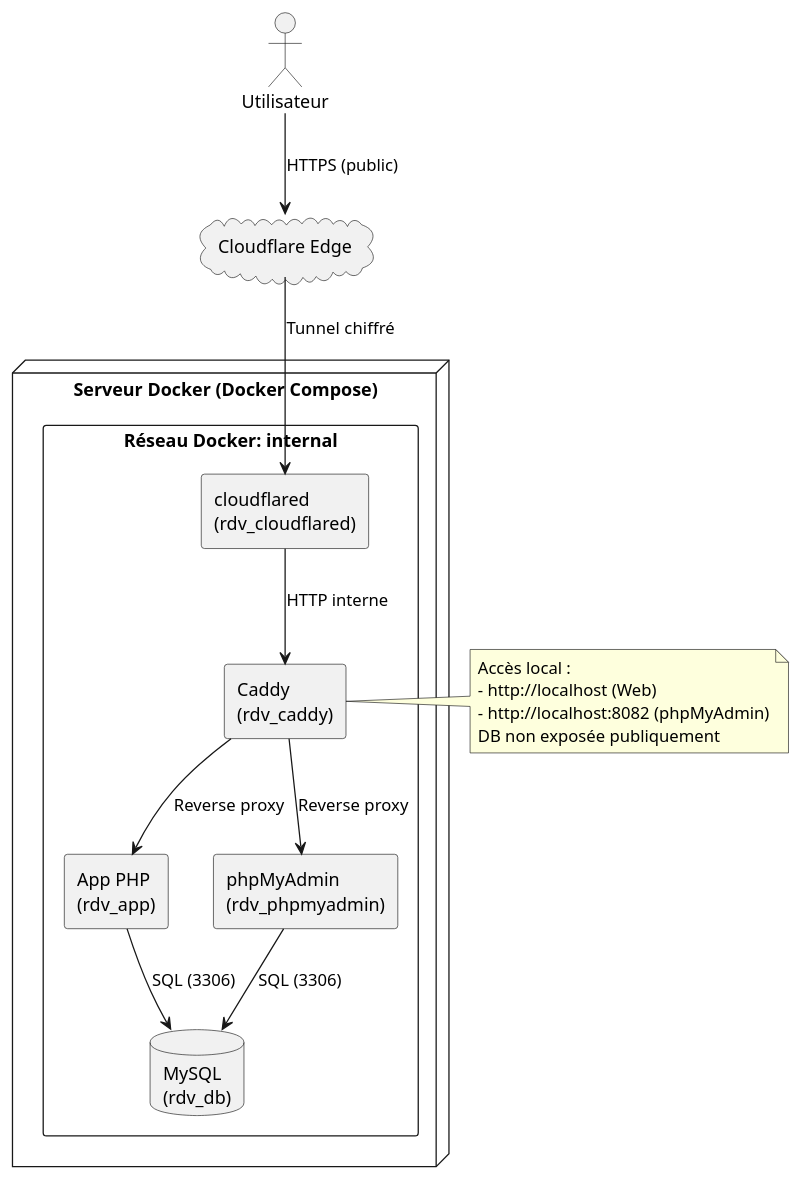
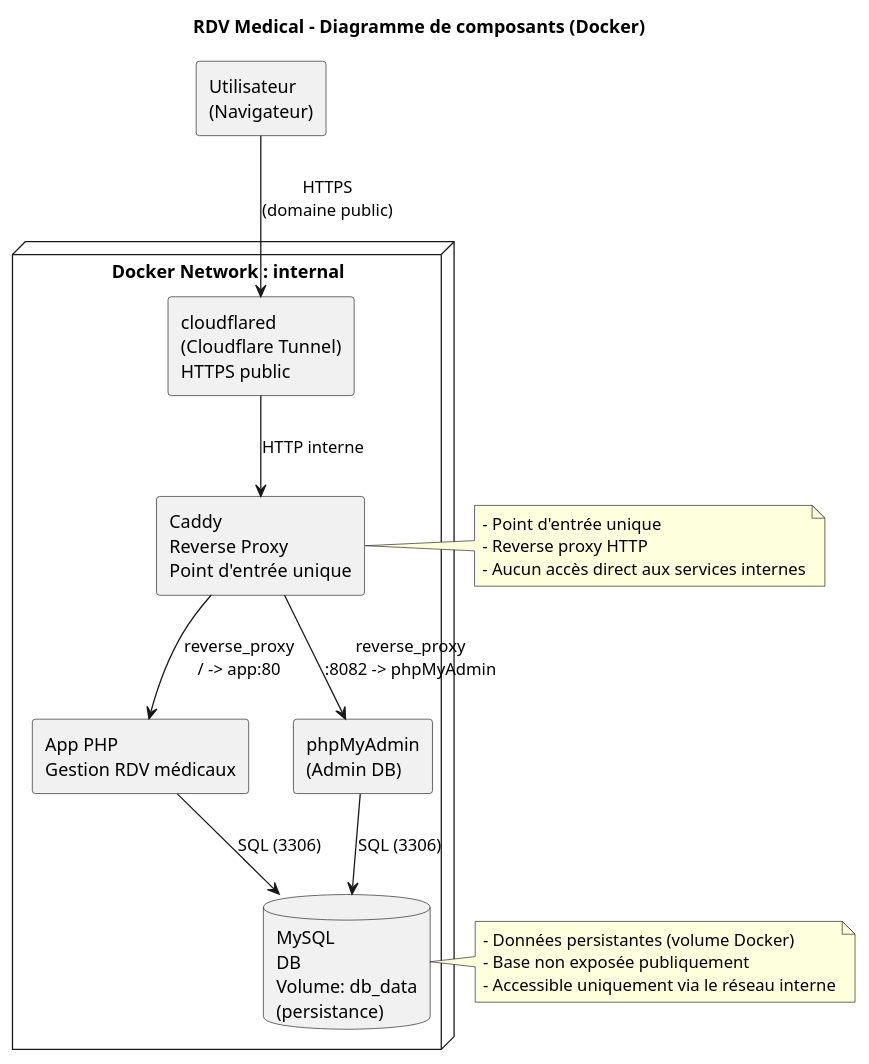
The diagram in docs/architecture.puml (barakissakone/Projet_Docker), drawn with PlantUML before and after one commit.

Commit message:
Architecture

```diff
--- a/docs/architecture.puml
+++ b/docs/architecture.puml
@@ -1,36 +1,43 @@
 @startuml
+title RDV Medical - Diagramme de composants (Docker)
+
 skinparam componentStyle rectangle
 skinparam shadowing false
 
-actor "Utilisateur" as user
-cloud "Cloudflare Edge" as cf
+component "Utilisateur\n(Navigateur)" as user
 
-node "Serveur Docker (Docker Compose)" as host {
+node "Docker Network : internal" {
 
-  rectangle "Réseau Docker: internal" as net {
-    component "cloudflared\n(rdv_cloudflared)" as tunnel
-    component "Caddy\n(rdv_caddy)" as caddy
-    component "App PHP\n(rdv_app)" as app
-    component "phpMyAdmin\n(rdv_phpmyadmin)" as pma
-    database "MySQL\n(rdv_db)" as db
-  }
+  component "cloudflared\n(Cloudflare Tunnel)\nHTTPS public" as cloudflared
+
+  component "Caddy\nReverse Proxy\nPoint d'entrée unique" as caddy
+
+  component "App PHP\nGestion RDV médicaux" as app
+
+  component "phpMyAdmin\n(Admin DB)" as pma
+
+  database "MySQL\nDB\nVolume: db_data\n(persistance)" as db
 }
 
-user --> cf : HTTPS (public)
-cf --> tunnel : Tunnel chiffré
-tunnel --> caddy : HTTP interne
+user --> cloudflared : HTTPS\n(domaine public)
+cloudflared --> caddy : HTTP interne
 
-caddy --> app : Reverse proxy
-caddy --> pma : Reverse proxy
+caddy --> app : reverse_proxy\n/ -> app:80
+caddy --> pma : reverse_proxy\n:8082 -> phpMyAdmin
 
 app --> db : SQL (3306)
 pma --> db : SQL (3306)
 
 note right of caddy
-Accès local :
-- http://localhost (Web)
-- http://localhost:8082 (phpMyAdmin)
-DB non exposée publiquement
+- Point d'entrée unique
+- Reverse proxy HTTP
+- Aucun accès direct aux services internes
+end note
+
+note right of db
+- Données persistantes (volume Docker)
+- Base non exposée publiquement
+- Accessible uniquement via le réseau interne
 end note
 
 @enduml
```
